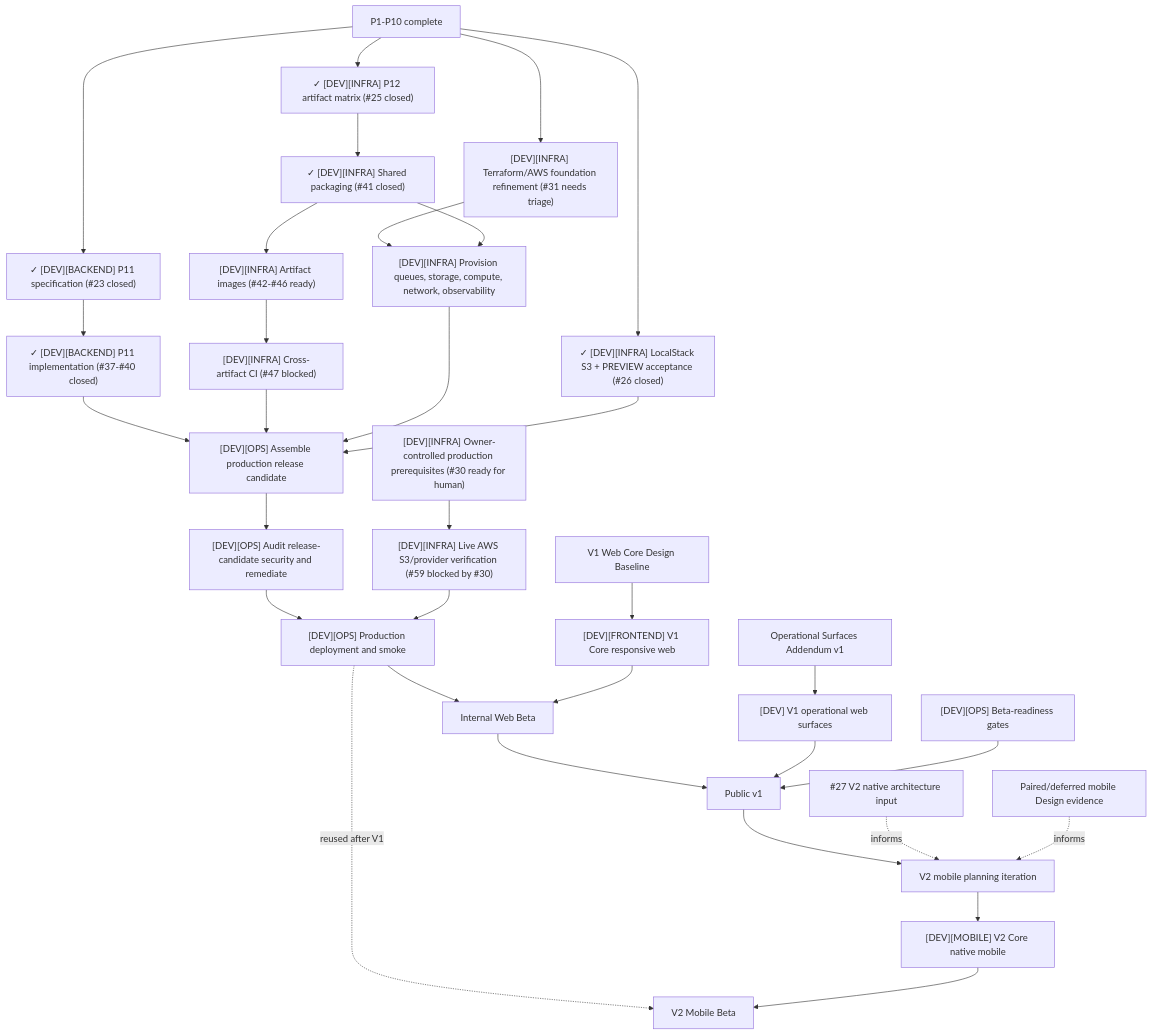
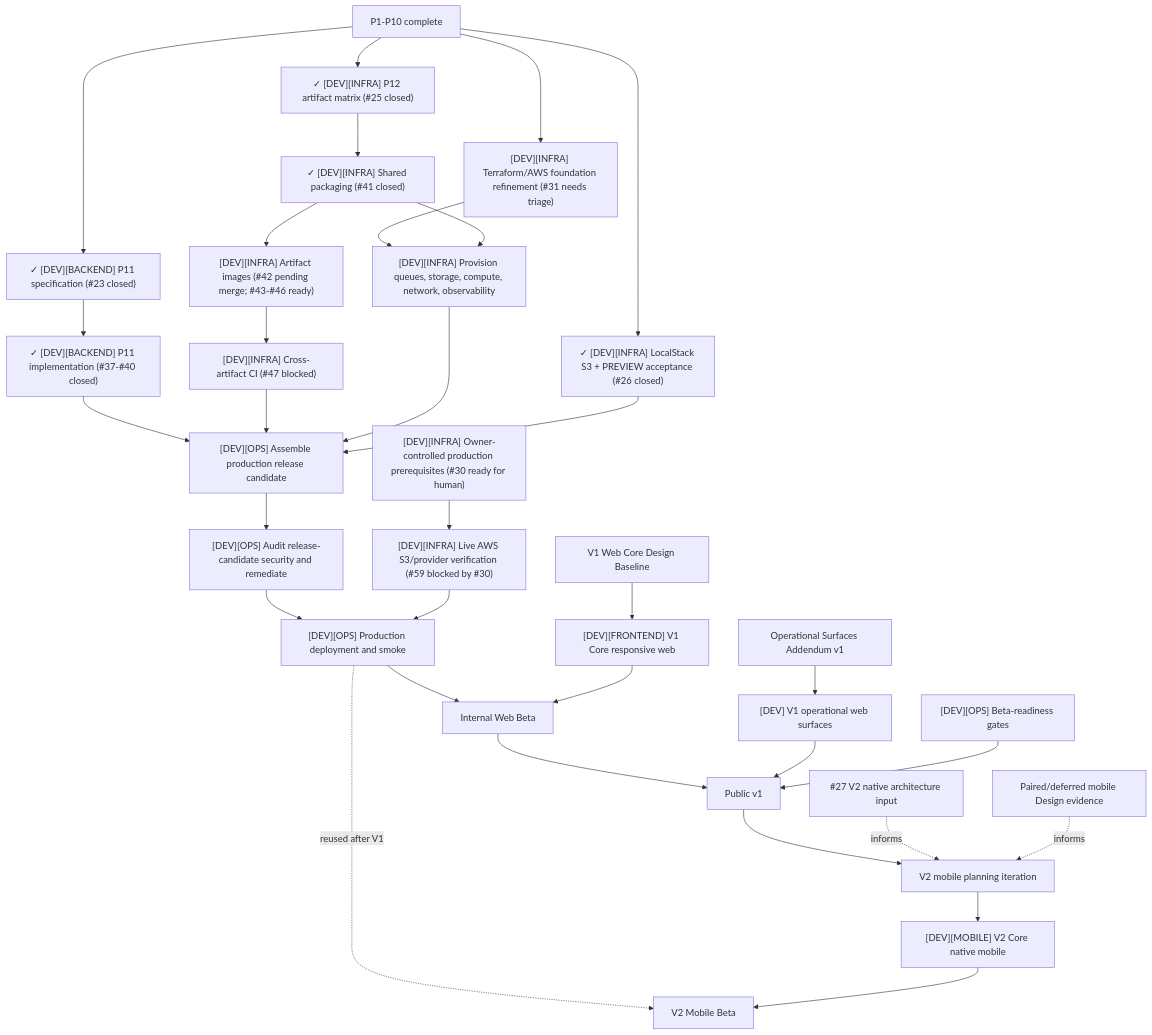
Before and after one commit to starkovalera/recipe-manager: the diagram in docs/architecture/production-roadmap.md, drawn with Mermaid. The commit also changed other lines of this file and 14 other files, not shown here.

Commit message:
feat(infra): add API and KrakenD production artifacts (#42)

````diff
--- a/docs/architecture/production-roadmap.md
+++ b/docs/architecture/production-roadmap.md
@@ -215,41 +215,41 @@
 ```mermaid
 flowchart TD
   p10["P1-P10 complete"]
   p10 --> p11Spec["✓ [DEV][BACKEND] P11 specification (#23 closed)"]
   p11Spec --> p11Implementation["✓ [DEV][BACKEND] P11 implementation (#37-#40 closed)"]
   p10 --> p12Spec["✓ [DEV][INFRA] P12 artifact matrix (#25 closed)"]
   p12Spec --> p12Shared["✓ [DEV][INFRA] Shared packaging (#41 closed)"]
-  p12Shared --> p12Artifacts["[DEV][INFRA] Artifact images (#42-#46 ready)"]
+  p12Shared --> p12Artifacts["[DEV][INFRA] Artifact images (#42 pending merge; #43-#46 ready)"]
   p12Artifacts --> p12Ci["[DEV][INFRA] Cross-artifact CI (#47 blocked)"]
   p10 --> localstack["✓ [DEV][INFRA] LocalStack S3 + PREVIEW acceptance (#26 closed)"]
   p10 --> tfFoundation["[DEV][INFRA] Terraform/AWS foundation refinement (#31 needs triage)"]
   ownerInputs["[DEV][INFRA] Owner-controlled production prerequisites (#30 ready for human)"]
   ownerInputs --> liveAws["[DEV][INFRA] Live AWS S3/provider verification (#59 blocked by #30)"]
 
   tfFoundation --> cloudResources["[DEV][INFRA] Provision queues, storage, compute, network, observability"]
   p12Shared --> cloudResources
 
   p11Implementation --> releaseCandidate["[DEV][OPS] Assemble production release candidate"]
   p12Ci --> releaseCandidate
   cloudResources --> releaseCandidate
   localstack --> releaseCandidate
   releaseCandidate --> security["[DEV][OPS] Audit release-candidate security and remediate"]
   security --> technicalProd["[DEV][OPS] Production deployment and smoke"]
   liveAws --> technicalProd
 
   designCore["V1 Web Core Design Baseline"] --> web["[DEV][FRONTEND] V1 Core responsive web"]
   technicalProd --> webBeta["Internal Web Beta"]
   web --> webBeta
 
   designOps["Operational Surfaces Addendum v1"] --> operationalClients["[DEV] V1 operational web surfaces"]
   webBeta --> publicV1["Public v1"]
   operationalClients --> publicV1
   beta["[DEV][OPS] Beta-readiness gates"] --> publicV1
 
   publicV1 --> v2Planning["V2 mobile planning iteration"]
   mobileResearch["#27 V2 native architecture input"] -. informs .-> v2Planning
   pairedDesign["Paired/deferred mobile Design evidence"] -. informs .-> v2Planning
   v2Planning --> mobile["[DEV][MOBILE] V2 Core native mobile"]
   technicalProd -. reused after V1 .-> mobileBeta["V2 Mobile Beta"]
   mobile --> mobileBeta
 ```
````
